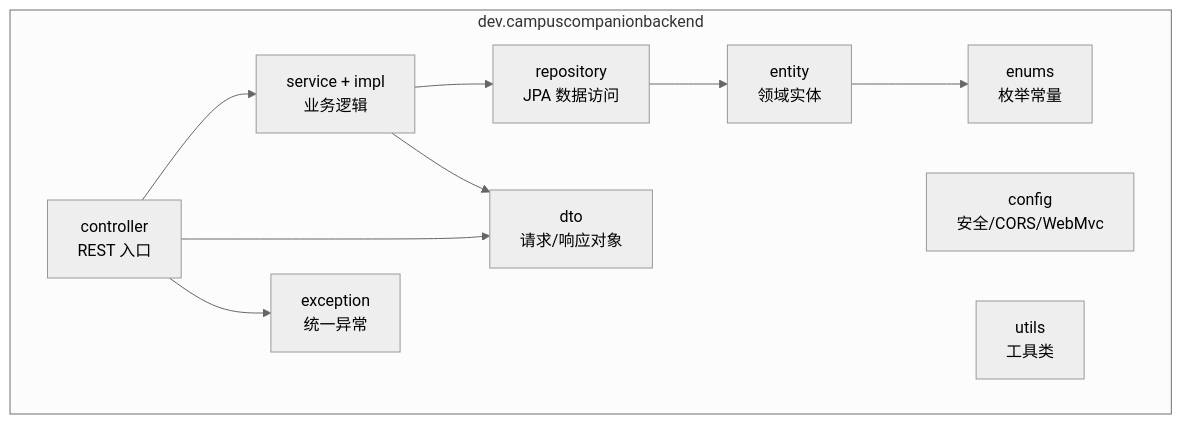
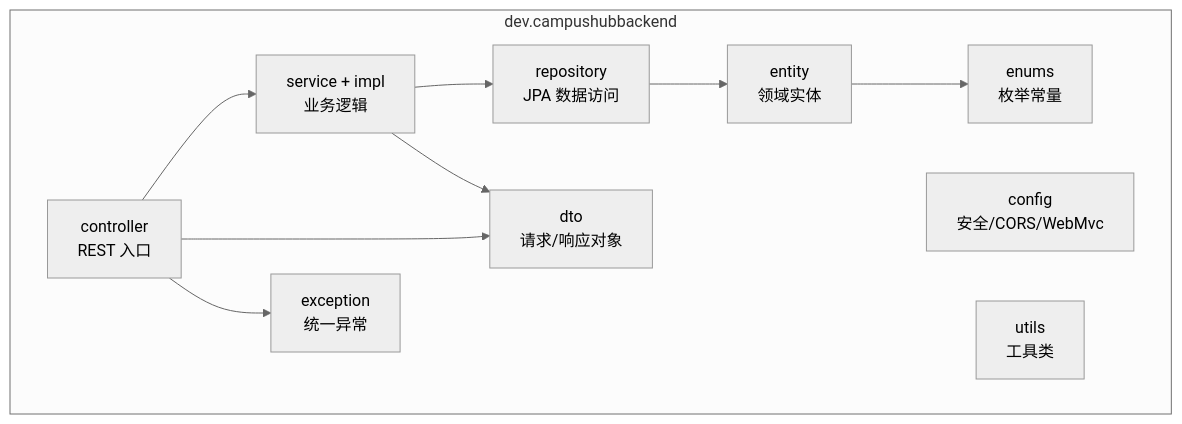
Diagram 13 of 13 in docs/SystemAnalysis/UML设计.md (GYC-123456789/CampusActivity), drawn with Mermaid (neutral theme) before and after one commit. The commit also changed other lines of this file and 388 other files, not shown here.

````diff
--- a/docs/SystemAnalysis/UML设计.md
+++ b/docs/SystemAnalysis/UML设计.md
@@ -538,22 +538,22 @@
 ```mermaid
 flowchart TB
-    subgraph dev.campuscompanionbackend
+    subgraph dev.campushubbackend
         controller[controller<br/>REST 入口]
         service[service + impl<br/>业务逻辑]
         repository[repository<br/>JPA 数据访问]
         entity[entity<br/>领域实体]
         dto[dto<br/>请求/响应对象]
         enums[enums<br/>枚举常量]
         config[config<br/>安全/CORS/WebMvc]
         exception[exception<br/>统一异常]
         utils[utils<br/>工具类]
     end
 
     controller --> service
     service --> repository
     repository --> entity
     controller --> dto
     entity --> enums
     service --> dto
     controller --> exception
 ```
````
